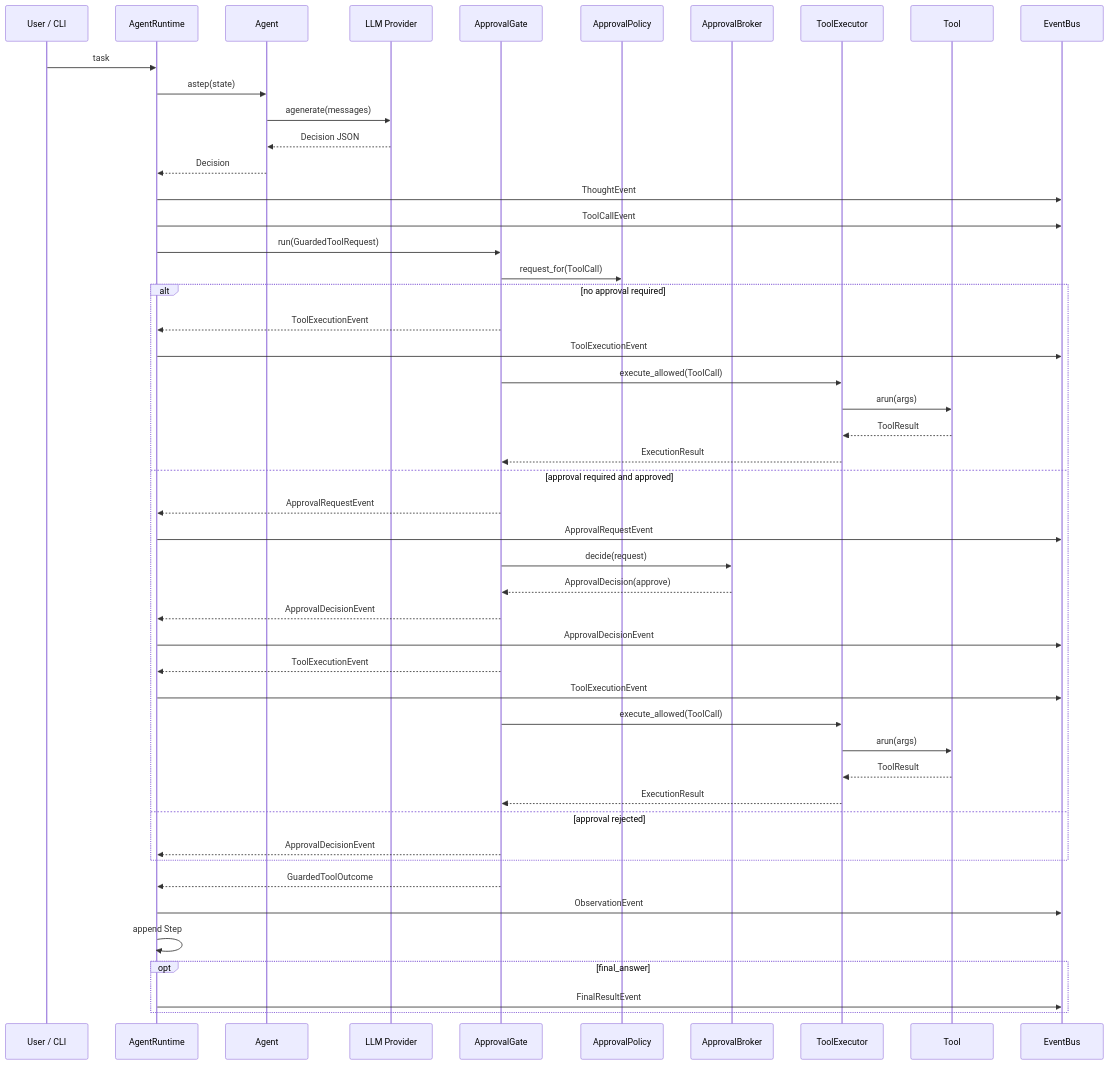
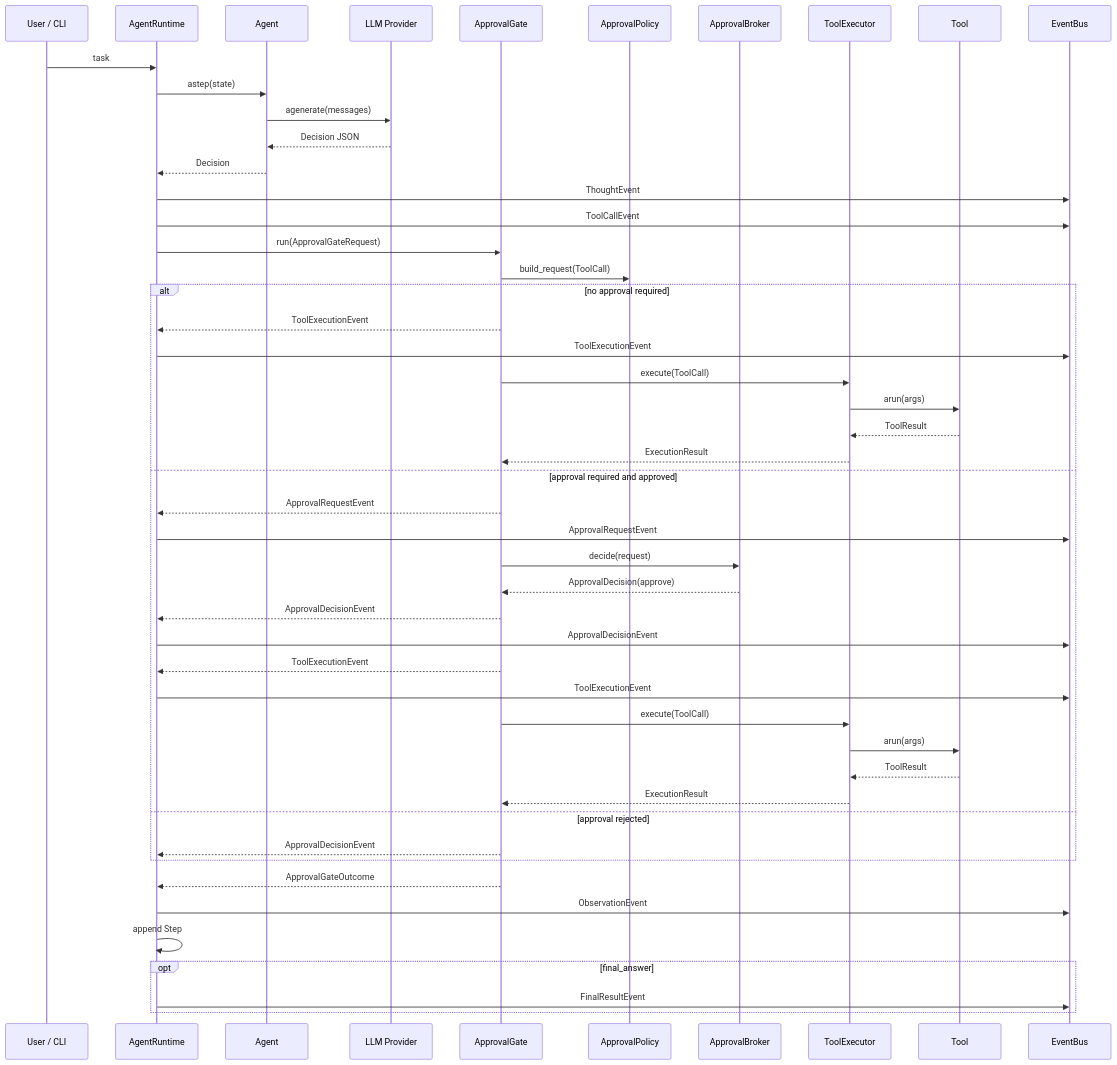
Before and after one commit to Dabuliule/codecraft: the second of 2 diagrams in docs/ARCHITECTURE.md, drawn with Mermaid. The commit also changed other lines of this file and 23 other files, not shown here.

Commit message:
refactor: simplify approval execution flow

````diff
--- a/docs/ARCHITECTURE.md
+++ b/docs/ARCHITECTURE.md
@@ -47,52 +47,52 @@
 ```mermaid
 sequenceDiagram
     participant U as User / CLI
     participant R as AgentRuntime
     participant A as Agent
     participant L as LLM Provider
     participant G as ApprovalGate
     participant AP as ApprovalPolicy
     participant AB as ApprovalBroker
     participant E as ToolExecutor
     participant T as Tool
     participant B as EventBus
 
     U->>R: task
     R->>A: astep(state)
     A->>L: agenerate(messages)
     L-->>A: Decision JSON
     A-->>R: Decision
     R->>B: ThoughtEvent
     R->>B: ToolCallEvent
-    R->>G: run(GuardedToolRequest)
-    G->>AP: request_for(ToolCall)
+    R->>G: run(ApprovalGateRequest)
+    G->>AP: build_request(ToolCall)
     alt no approval required
         G-->>R: ToolExecutionEvent
         R->>B: ToolExecutionEvent
-        G->>E: execute_allowed(ToolCall)
+        G->>E: execute(ToolCall)
         E->>T: arun(args)
         T-->>E: ToolResult
         E-->>G: ExecutionResult
     else approval required and approved
         G-->>R: ApprovalRequestEvent
         R->>B: ApprovalRequestEvent
         G->>AB: decide(request)
         AB-->>G: ApprovalDecision(approve)
         G-->>R: ApprovalDecisionEvent
         R->>B: ApprovalDecisionEvent
         G-->>R: ToolExecutionEvent
         R->>B: ToolExecutionEvent
-        G->>E: execute_allowed(ToolCall)
+        G->>E: execute(ToolCall)
         E->>T: arun(args)
         T-->>E: ToolResult
         E-->>G: ExecutionResult
     else approval rejected
         G-->>R: ApprovalDecisionEvent
     end
-    G-->>R: GuardedToolOutcome
+    G-->>R: ApprovalGateOutcome
     R->>B: ObservationEvent
     R->>R: append Step
     opt final_answer
         R->>B: FinalResultEvent
     end
 ```
````
